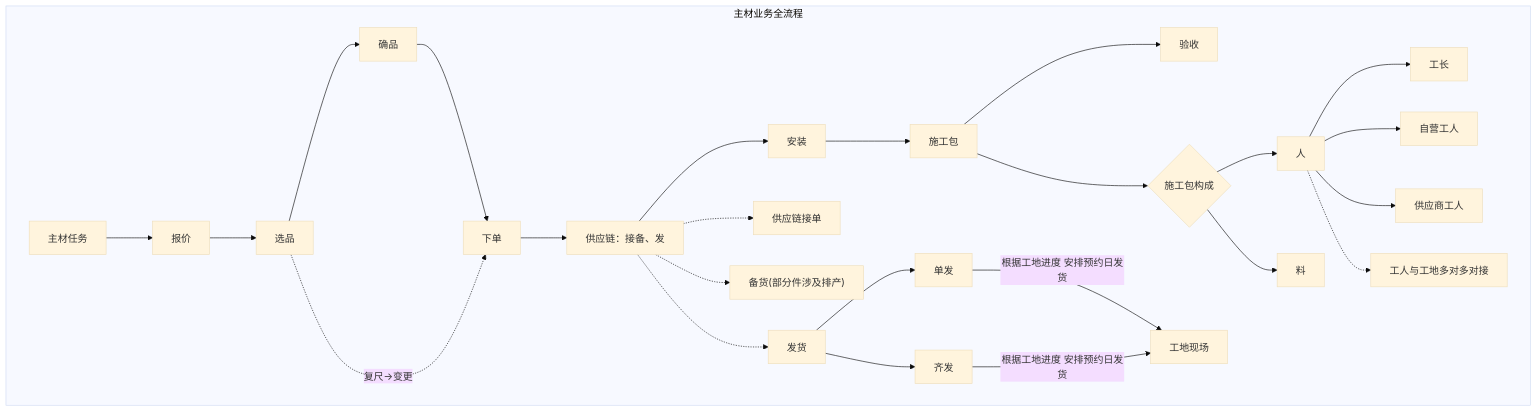
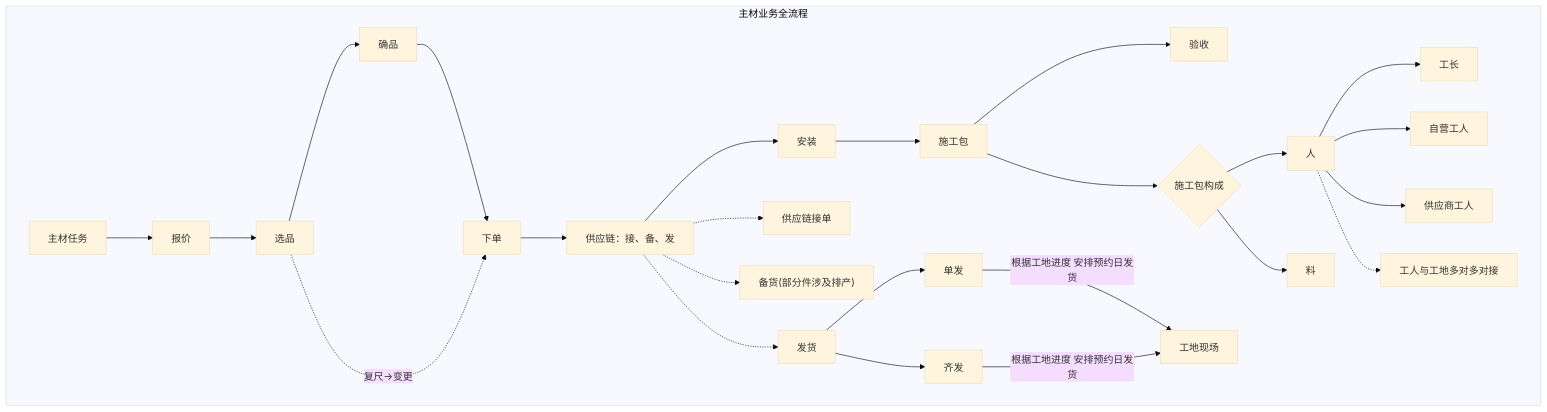
The first of 2 diagrams in starlord项目整理/总流程梳理.md (M2025-lab/obsodian), drawn with Mermaid (base theme) before and after one commit. The commit also changed other lines of this file and 1 other file, not shown here.

````diff
--- a/starlord项目整理/总流程梳理.md
+++ b/starlord项目整理/总流程梳理.md
@@ -4,62 +4,62 @@
 ```mermaid
 flowchart TD
     %% 主标题区块
     subgraph 主材业务全流程
         J["主材任务"]
         J1["报价"]
         J2["选品"]
         J3["确品"]
         J4["下单"]
         
-        K["供应链：接备、发"]
+        K["供应链：接、备、发"]
         K1["供应链接单"]
         K2["备货(部分件涉及排产)"]
         K3["发货"]
         K31["单发"]
         K32["齐发"]
         
         L["安装"]
         M["施工包"]
         N["验收"]
         O["工地现场"]
         
         M1{施工包构成}
         M11["人"]
         M12["料"]
         M111["工长"]
         M112["自营工人"]
         M113["供应商工人"]
         note1["工人与工地多对多对接"]
     end
 
     %% 主线正常实线流程
     J --> J1
     J1 --> J2
     J2 --> J3
     J3 --> J4
     J4 --> K
     K --> L
     L --> M
     M --> N
 
     %% 供应链分支（虚线分流）
     K -.-> K1
     K -.-> K2
     K -.-> K3
     K3 --> K31
     K3 --> K32
     K31 -- 根据工地进度 安排预约日发货 --> O
     K32 -- 根据工地进度 安排预约日发货 --> O
 
     %% 复尺变更回流虚线分支
     J2 -.复尺→变更.-> J4
 
     %% 施工包构成菱形分支
     M --> M1
     M1 --> M11
     M1 --> M12
     M11 --> M111
     M11 --> M112
     M11 --> M113
     M11 -.-> note1
 ```
````
